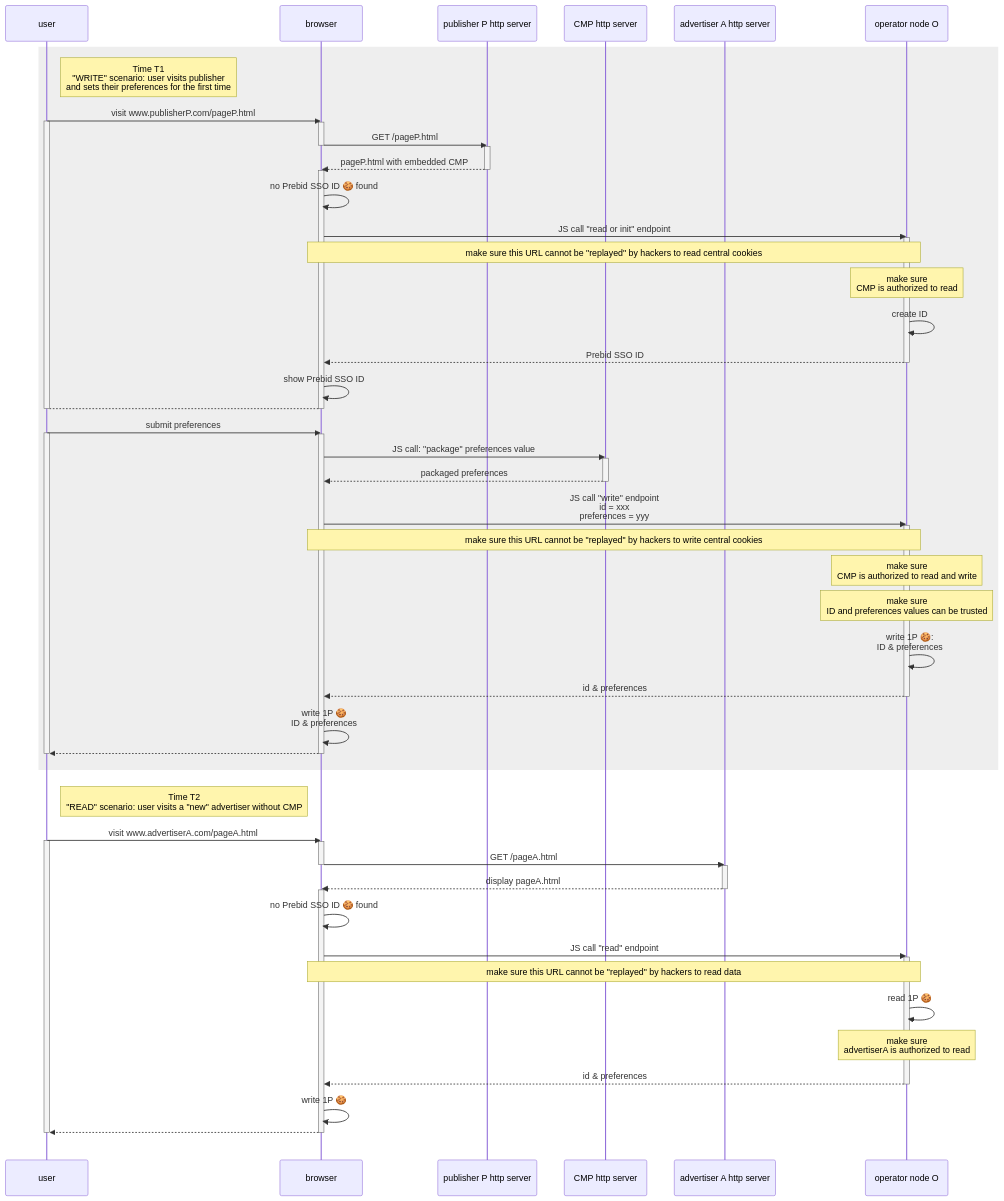
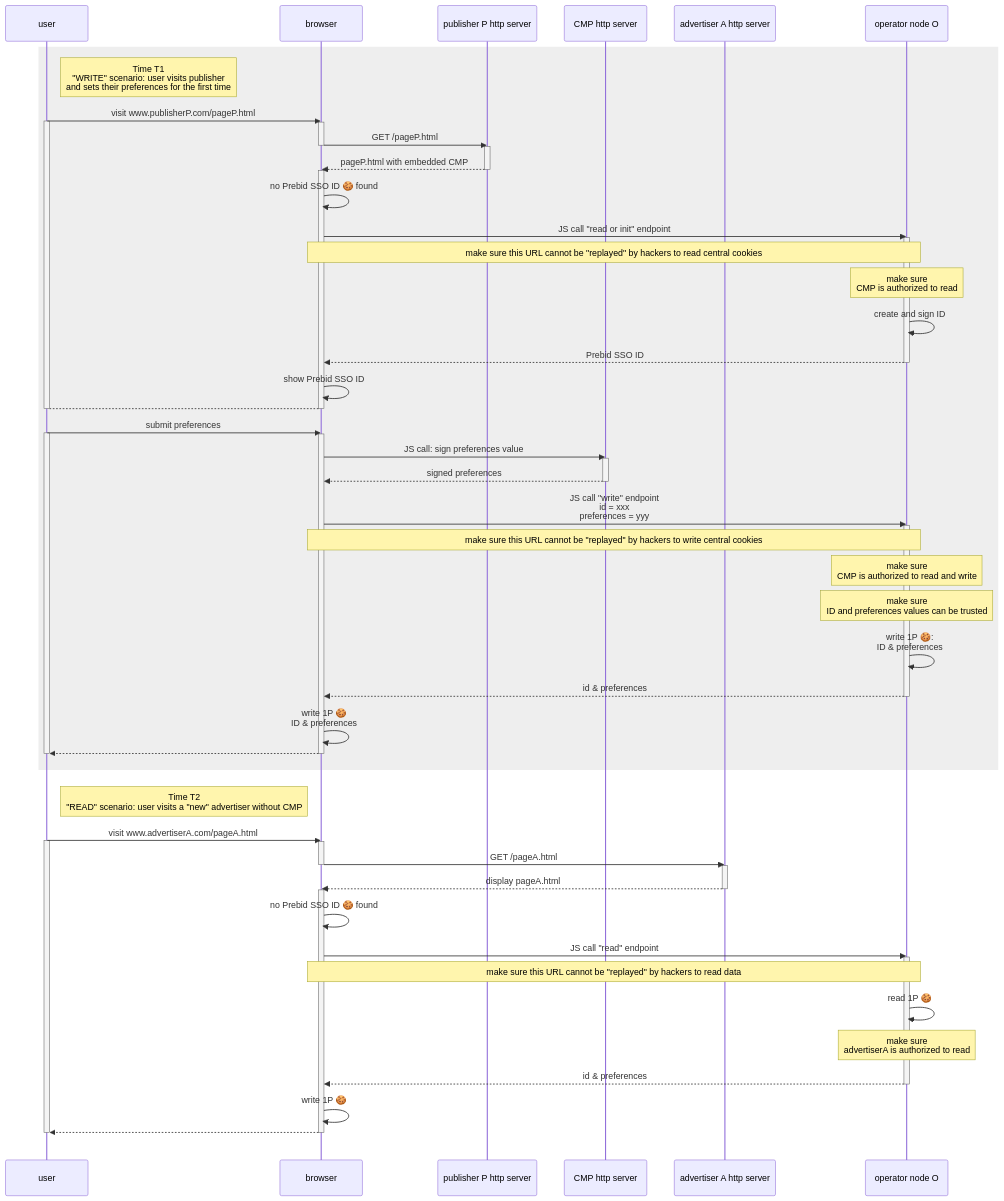
Before and after one commit to OneKey-Network/addressability-framework: the first of 2 diagrams in mvp-spec/operator-requirements.md, drawn with Mermaid. The commit also changed other lines of this file and 2 other files, not shown here.

First line of the commit message:
- Reword "package preferences" => "sign preferences" (#19)

```diff
--- a/mvp-spec/operator-requirements.md
+++ b/mvp-spec/operator-requirements.md
@@ -83,7 +86,7 @@
             activate O
                 note over B,O: make sure this URL cannot be "replayed" by hackers to read central cookies
                 note over O: make sure<br/>CMP is authorized to read
-                O ->> O: create ID
+                O ->> O: create and sign ID
                 O -->> B: Prebid SSO ID
             deactivate O
 
@@ -98,10 +101,10 @@
     activate U
 
         activate B
-            B ->> C: JS call: "package" preferences value
+            B ->> C: JS call: sign preferences value
 
             activate C
-                C -->> B: packaged preferences
+                C -->> B: signed preferences
             deactivate C
 
             B ->> O: JS call "write" endpoint<br>id = xxx<br>preferences = yyy
```
